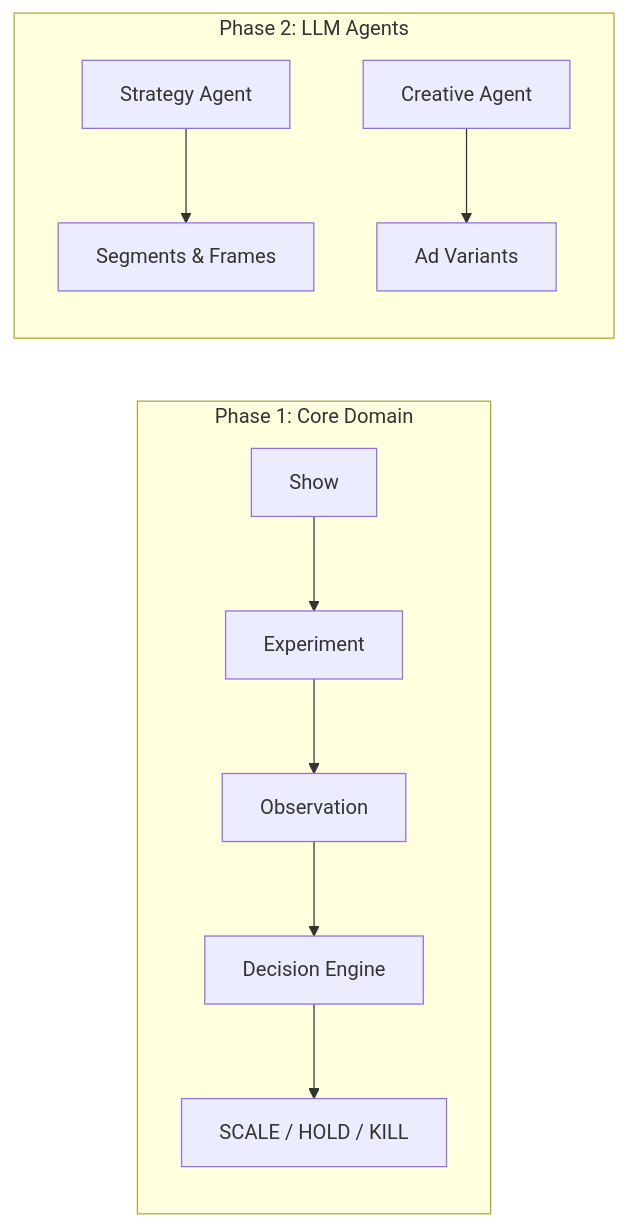
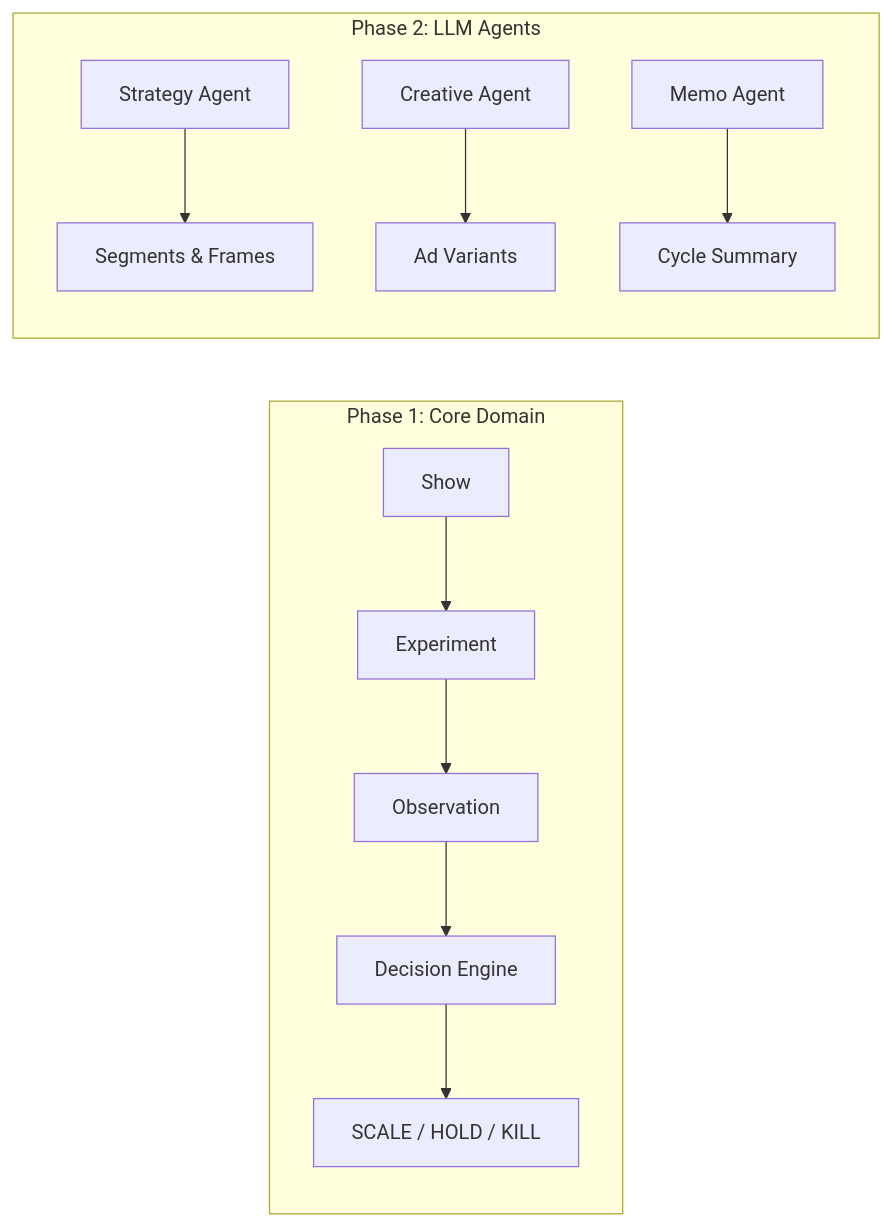
The diagram in README.md (qdon314/bring-the-people), drawn with Mermaid before and after one commit. The commit also changed other lines of this file, not shown here.

Commit message:
docs: updated readme for memo agent

````diff
--- a/README.md
+++ b/README.md
@@ -22,14 +23,15 @@
 ```mermaid
 flowchart LR
     subgraph "Phase 1: Core Domain"
         A[Show] --> B[Experiment]
         B --> C[Observation]
         C --> D[Decision Engine]
         D --> E[SCALE / HOLD / KILL]
     end
     
     subgraph "Phase 2: LLM Agents"
         F[Strategy Agent] --> G[Segments & Frames]
         H[Creative Agent] --> I[Ad Variants]
+        J[Memo Agent] --> K[Cycle Summary]
     end
 ```
````
